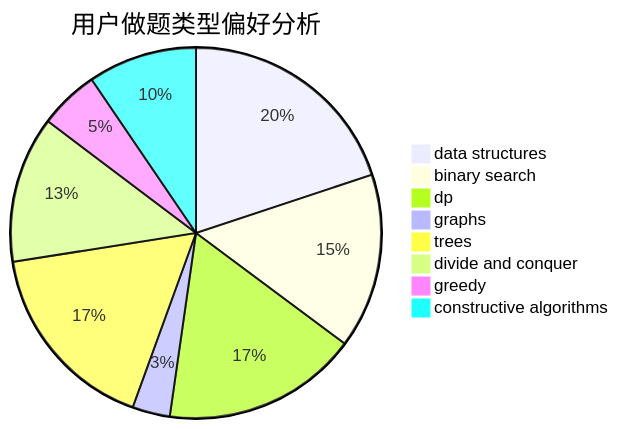
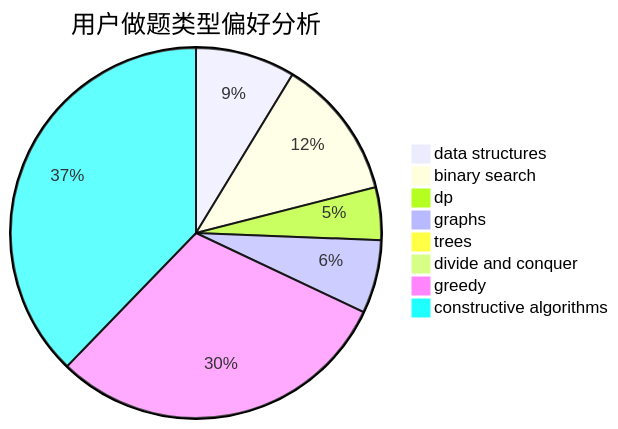
Before and after one commit to sherpahu/cfrs.github.io: the second of 3 diagrams in docs/user/u1181.md, drawn with Mermaid. The commit also changed other lines of this file and 2770 other files, not shown here.

````diff
--- a/docs/user/u1181.md
+++ b/docs/user/u1181.md
@@ -23,11 +23,11 @@
 ```mermaid
 pie title 用户做题类型偏好分析
-    "data structures" :  176
-    "binary search" :  135
-    "dp" :  151
-    "graphs" :  29
-    "trees" :  150
-    "divide and conquer" :  113
-    "greedy" :  46
-    "constructive algorithms" :  84
+    "data structures" :  53
+    "binary search" :  75
+    "dp" :  28
+    "graphs" :  39
+    "trees" :  6
+    "divide and conquer" :  1
+    "greedy" :  184
+    "constructive algorithms" :  230
 ```
````
